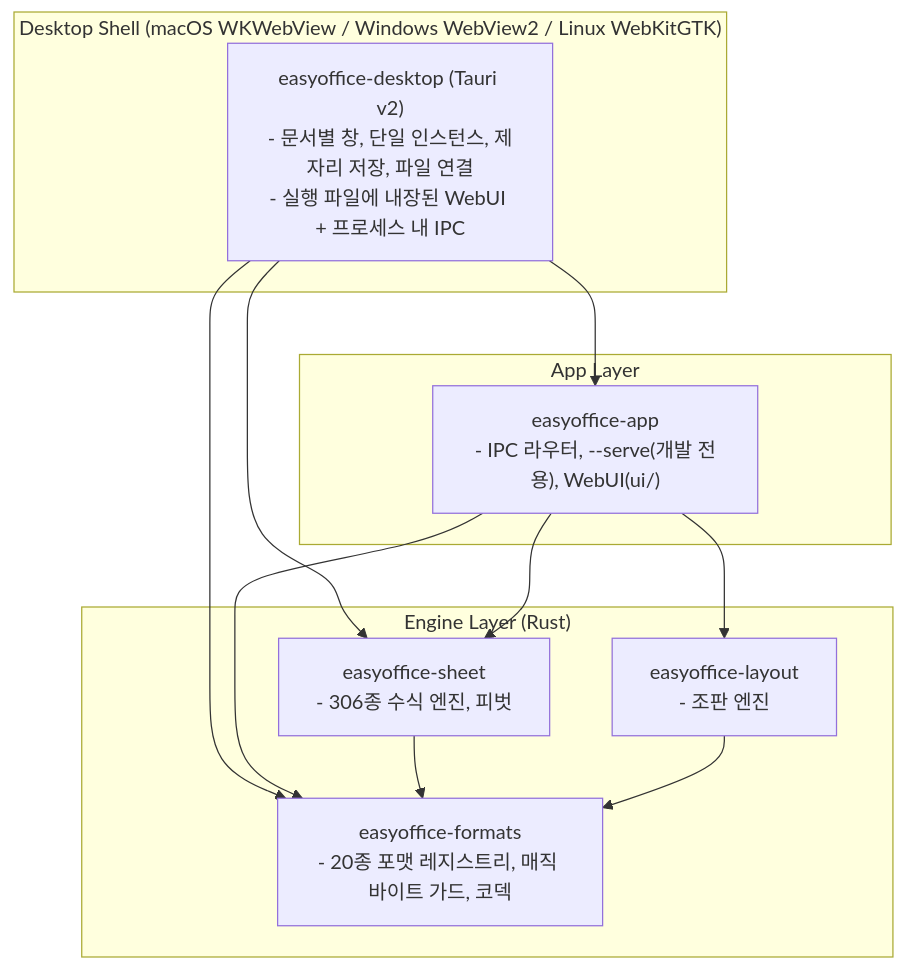
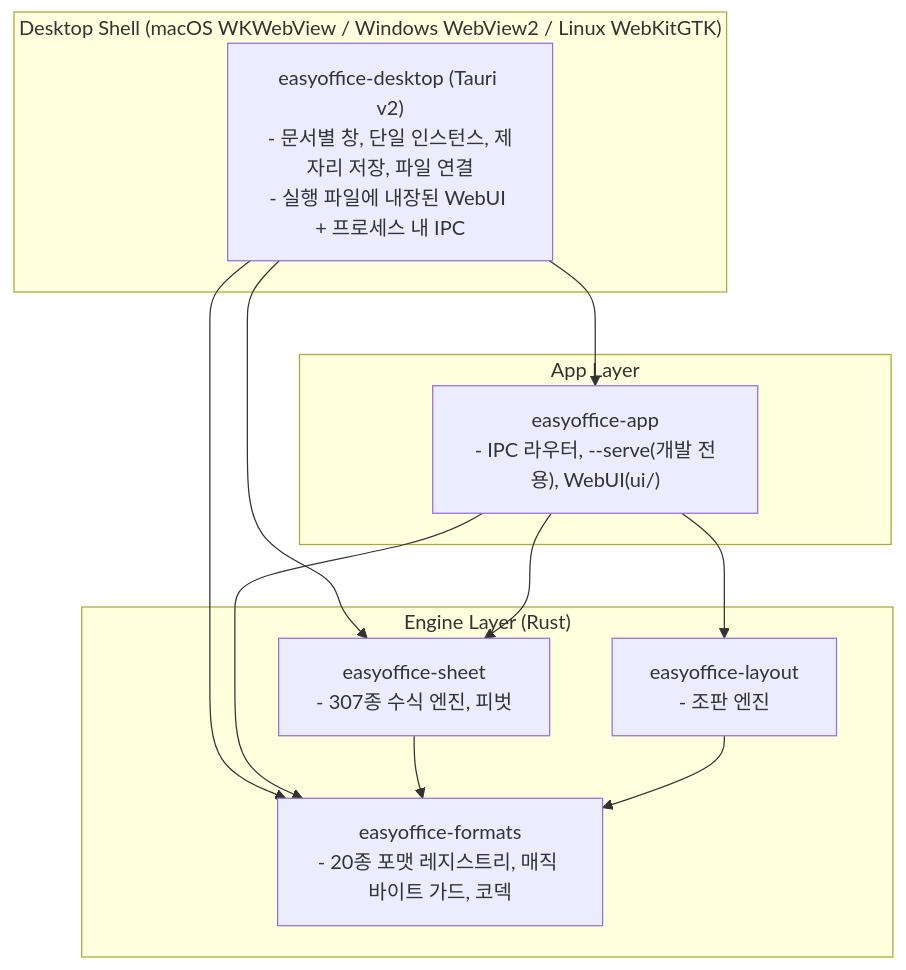
One commit to AquilaXk/easyoffice changed the diagram in docs/architecture.md. Above: the diagram before and after it, drawn with Mermaid. The commit also changed 17 other files, not shown here.

````diff
--- a/docs/architecture.md
+++ b/docs/architecture.md
@@ -11,22 +11,22 @@
 ```mermaid
 flowchart TD
     subgraph ShellLayer["Desktop Shell (macOS WKWebView / Windows WebView2 / Linux WebKitGTK)"]
         Desktop["easyoffice-desktop (Tauri v2)\n- 문서별 창, 단일 인스턴스, 제자리 저장, 파일 연결\n- 실행 파일에 내장된 WebUI + 프로세스 내 IPC"]
     end
     subgraph AppLayer["App Layer"]
         App["easyoffice-app\n- IPC 라우터, --serve(개발 전용), WebUI(ui/)"]
     end
     subgraph CoreLayer["Engine Layer (Rust)"]
         Formats["easyoffice-formats\n- 20종 포맷 레지스트리, 매직 바이트 가드, 코덱"]
-        Sheet["easyoffice-sheet\n- 306종 수식 엔진, 피벗"]
+        Sheet["easyoffice-sheet\n- 307종 수식 엔진, 피벗"]
         Layout["easyoffice-layout\n- 조판 엔진"]
     end
     Desktop --> App
     Desktop --> Formats
     Desktop --> Sheet
     App --> Formats
     App --> Sheet
     App --> Layout
     Sheet --> Formats
     Layout --> Formats
 ```
````
